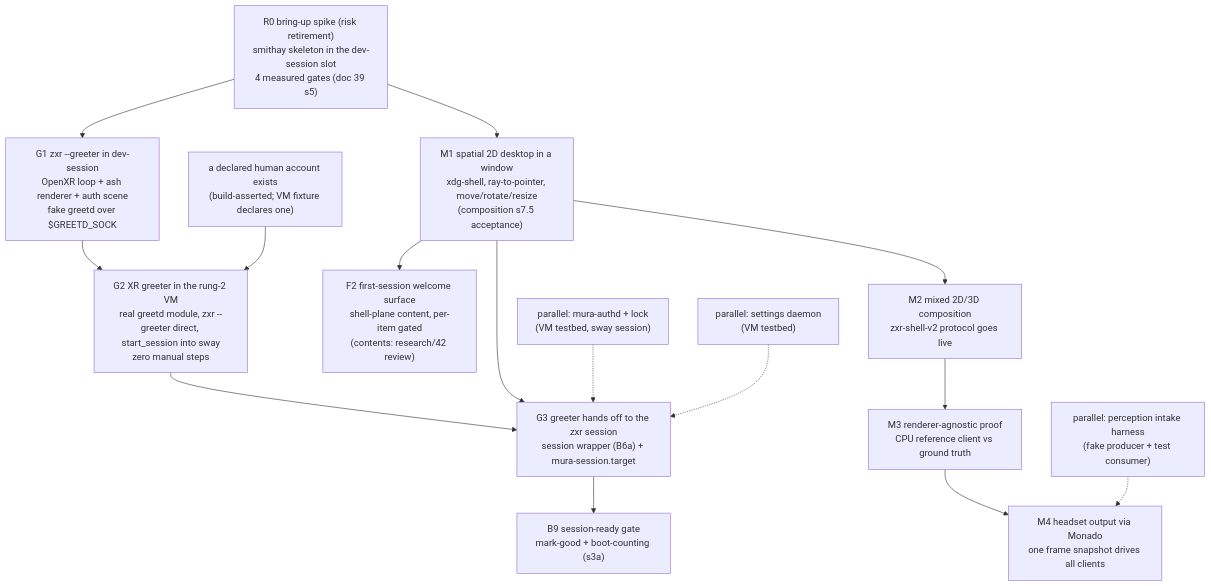
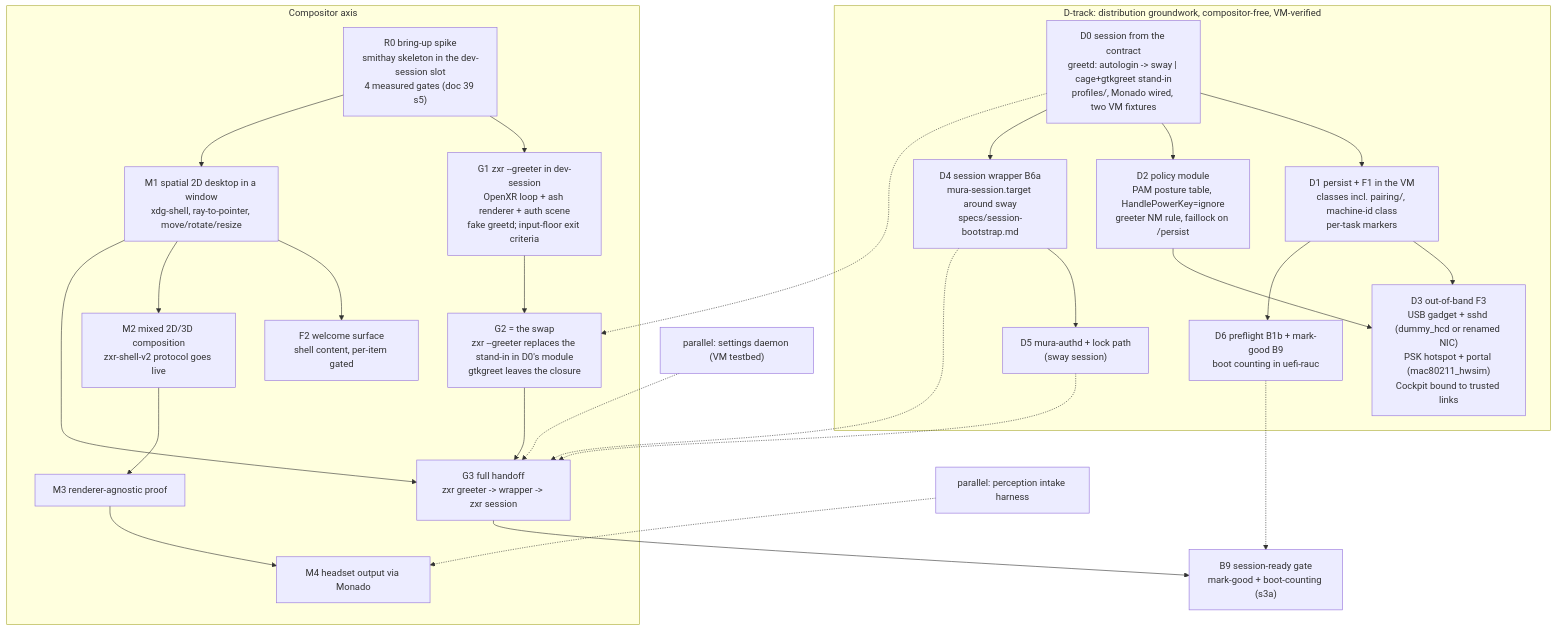
The diagram in docs/architecture/implementation-path.md (mura-os/mura), drawn with Mermaid before and after one commit. The commit also changed other lines of this file and 7 other files, not shown here.

````diff
--- a/docs/architecture/implementation-path.md
+++ b/docs/architecture/implementation-path.md
@@ -86,17 +119,30 @@
 ```mermaid
 flowchart TD
-    R0["R0 bring-up spike (risk retirement)\nsmithay skeleton in the dev-session slot\n4 measured gates (doc 39 s5)"] --> G1["G1 zxr --greeter in dev-session\nOpenXR loop + ash renderer + auth scene\nfake greetd over $GREETD_SOCK"]
-    R0 --> M1["M1 spatial 2D desktop in a window\nxdg-shell, ray-to-pointer, move/rotate/resize\n(composition s7.5 acceptance)"]
-    G1 --> G2["G2 XR greeter in the rung-2 VM\nreal greetd module, zxr --greeter direct, start_session into sway\nzero manual steps"]
-    DECL["a declared human account exists\n(build-asserted; VM fixture declares one)"] --> G2
-    M1 --> F2["F2 first-session welcome surface\nshell-plane content, per-item gated\n(contents: research/42 review)"]
-    M1 --> M2["M2 mixed 2D/3D composition\nzxr-shell-v2 protocol goes live"]
-    G2 --> G3["G3 greeter hands off to the zxr session\nsession wrapper (B6a) + mura-session.target"]
-    M1 --> G3
-    G3 --> B9["B9 session-ready gate\nmark-good + boot-counting (s3a)"]
-    M2 --> M3["M3 renderer-agnostic proof\nCPU reference client vs ground truth"]
-    M3 --> M4["M4 headset output via Monado\none frame snapshot drives all clients"]
-    AUTHD["parallel: mura-authd + lock\n(VM testbed, sway session)"] -.-> G3
-    SETTINGS["parallel: settings daemon\n(VM testbed)"] -.-> G3
-    PERC["parallel: perception intake harness\n(fake producer + test consumer)"] -.-> M4
+    subgraph dtrack [D-track: distribution groundwork, compositor-free, VM-verified]
+        D0["D0 session from the contract\ngreetd: autologin -> sway | cage+gtkgreet stand-in\nprofiles/, Monado wired, two VM fixtures"] --> D1["D1 persist + F1 in the VM\nclasses incl. pairing/, machine-id class\nper-task markers"]
+        D0 --> D2["D2 policy module\nPAM posture table, HandlePowerKey=ignore\ngreeter NM rule, faillock on /persist"]
+        D1 --> D3["D3 out-of-band F3\nUSB gadget + sshd (dummy_hcd or renamed NIC)\nPSK hotspot + portal (mac80211_hwsim)\nCockpit bound to trusted links"]
+        D2 --> D3
+        D0 --> D4["D4 session wrapper B6a\nmura-session.target around sway\nspecs/session-bootstrap.md"]
+        D4 --> D5["D5 mura-authd + lock path\n(sway session)"]
+        D1 --> D6["D6 preflight B1b + mark-good B9\nboot counting in uefi-rauc"]
+    end
+    subgraph ctrack [Compositor axis]
+        R0["R0 bring-up spike\nsmithay skeleton in the dev-session slot\n4 measured gates (doc 39 s5)"] --> G1["G1 zxr --greeter in dev-session\nOpenXR loop + ash renderer + auth scene\nfake greetd; input-floor exit criteria"]
+        R0 --> M1["M1 spatial 2D desktop in a window\nxdg-shell, ray-to-pointer, move/rotate/resize"]
+        G1 --> G2["G2 = the swap\nzxr --greeter replaces the stand-in in D0's module\ngtkgreet leaves the closure"]
+        M1 --> F2["F2 welcome surface\nshell content, per-item gated"]
+        M1 --> M2["M2 mixed 2D/3D composition\nzxr-shell-v2 protocol goes live"]
+        G2 --> G3["G3 full handoff\nzxr greeter -> wrapper -> zxr session"]
+        M1 --> G3
+        M2 --> M3["M3 renderer-agnostic proof"]
+        M3 --> M4["M4 headset output via Monado"]
+    end
+    D0 -.-> G2
+    D4 -.-> G3
+    D5 -.-> G3
+    D6 -.-> B9["B9 session-ready gate\nmark-good + boot-counting (s3a)"]
+    G3 --> B9
+    SETTINGS["parallel: settings daemon (VM testbed)"] -.-> G3
+    PERC["parallel: perception intake harness"] -.-> M4
 ```
````
